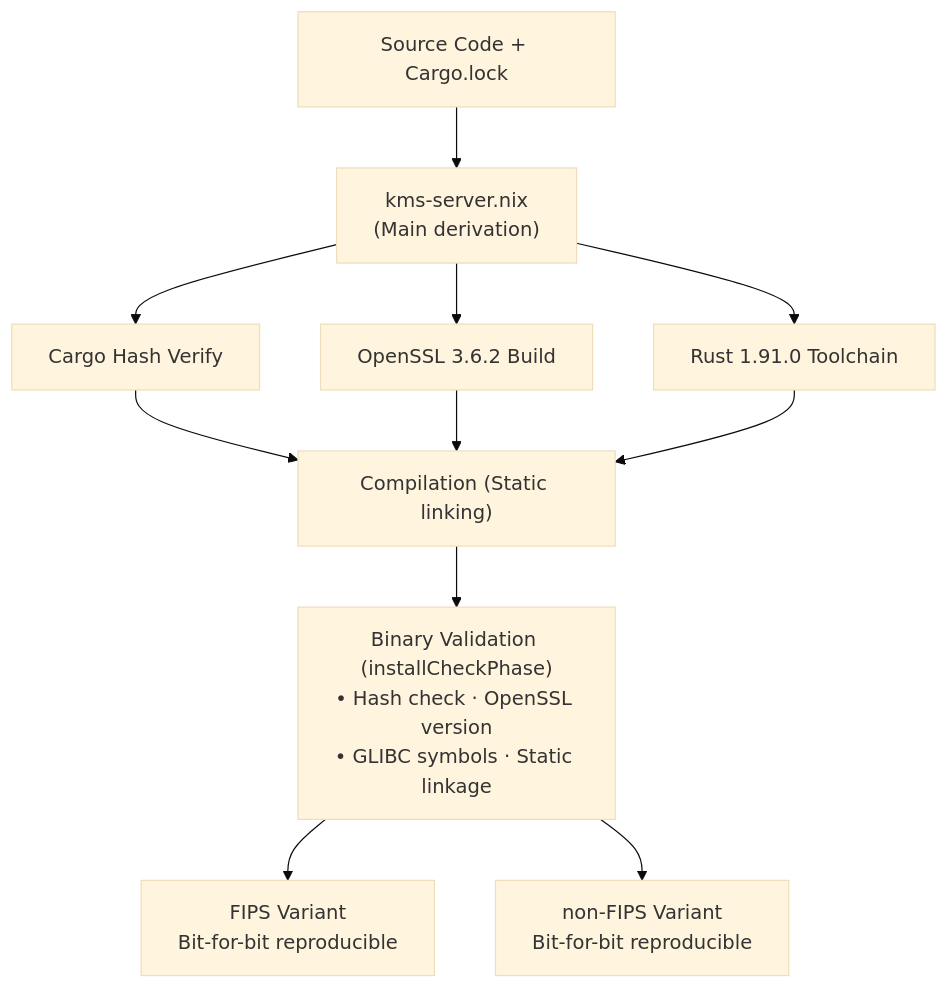
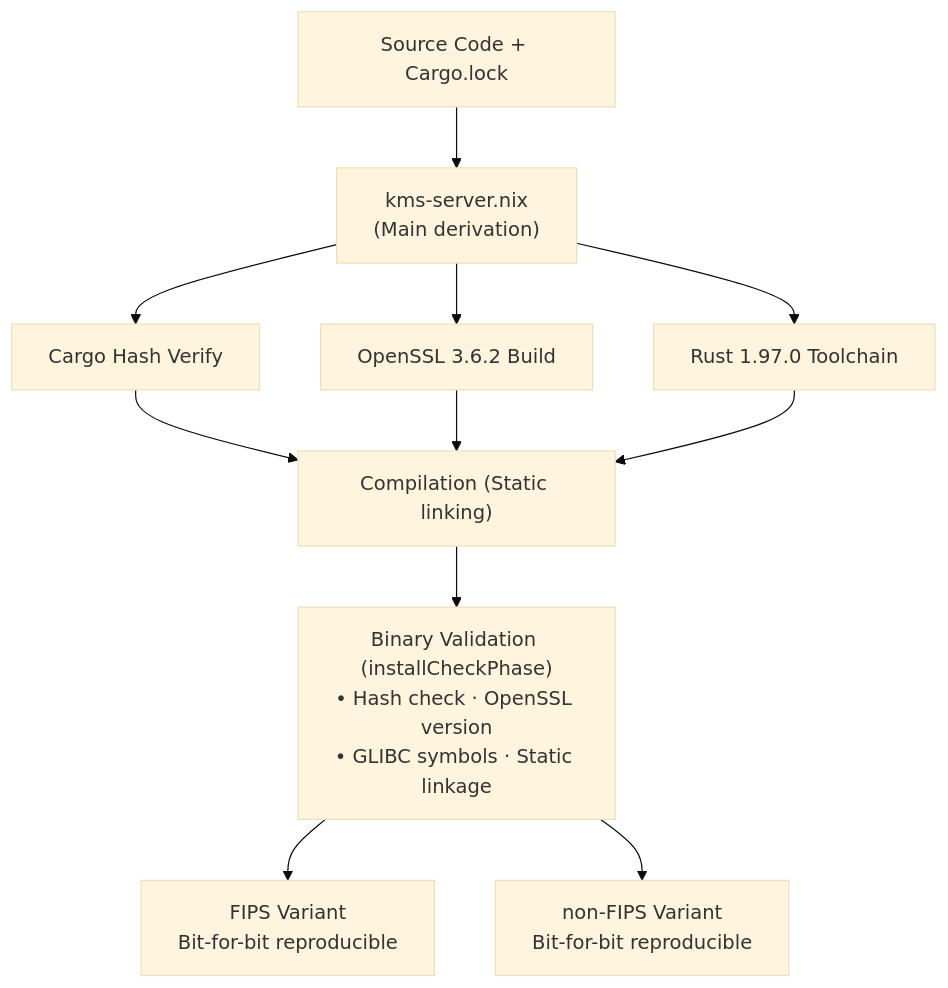
Before and after one commit to Cosmian/kms: the first of 11 diagrams in nix/README.md, drawn with Mermaid (base theme). The commit also changed other lines of this file and 45 other files, not shown here.

````diff
--- a/nix/README.md
+++ b/nix/README.md
@@ -7,17 +7,17 @@
 ```mermaid
 flowchart TB
     src["Source Code + Cargo.lock"]
     kms_nix["kms-server.nix<br/>(Main derivation)"]
     src --> kms_nix
     cargo["Cargo Hash Verify"]
     openssl["OpenSSL 3.6.2 Build"]
-    rust["Rust 1.91.0 Toolchain"]
+    rust["Rust 1.97.0 Toolchain"]
     kms_nix --> cargo & openssl & rust
     compile["Compilation (Static linking)"]
     cargo & openssl & rust --> compile
     validate["Binary Validation (installCheckPhase)<br/>• Hash check · OpenSSL version<br/>• GLIBC symbols · Static linkage"]
     compile --> validate
     fips["FIPS Variant<br/>Bit-for-bit reproducible"]
     nonfips["non-FIPS Variant<br/>Bit-for-bit reproducible"]
     validate --> fips & nonfips
 ```
````
